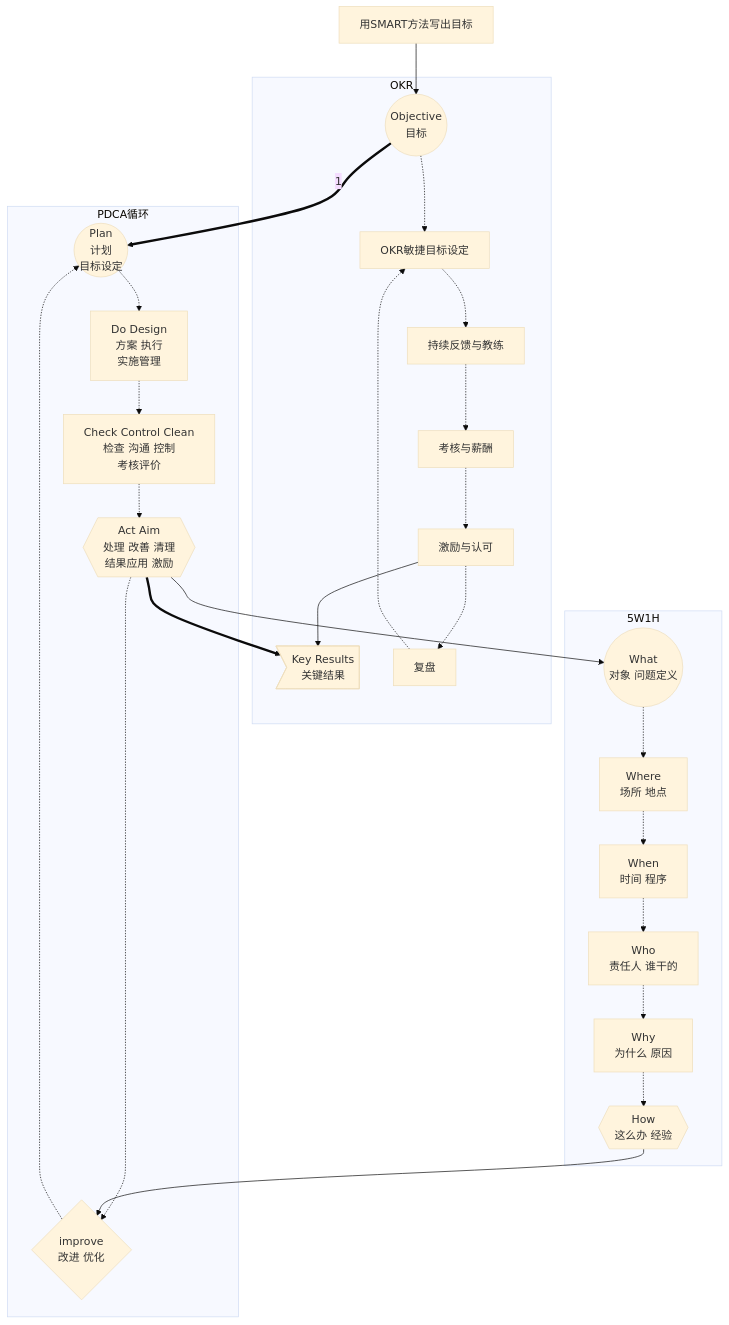
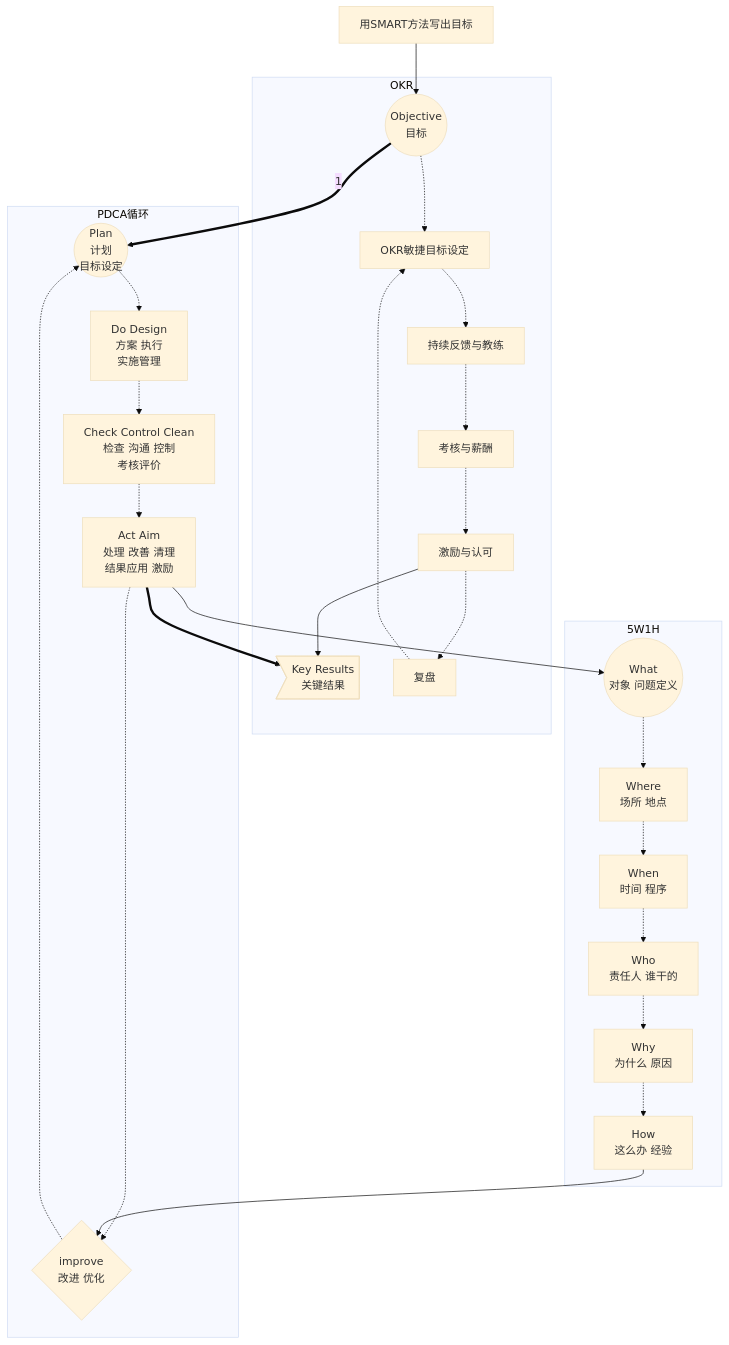
Before and after one commit to wxyClark/wxyClark.note: the first of 3 diagrams in Tao/Manage/OKR.md, drawn with Mermaid (base theme). The commit also changed other lines of this file, not shown here.

````diff
--- a/Tao/Manage/OKR.md
+++ b/Tao/Manage/OKR.md
@@ -8,42 +8,42 @@
 ```mermaid
 graph TD
 
         O ==1==> P 
         A ==> KRs
         
     subgraph PDCA循环
         P((Plan<br>计划 <br>目标设定)) -.-> D  
         D[Do Design<br>方案 执行<br>实施管理] -.-> C
         C[Check Control Clean <br>检查 沟通 控制<br>考核评价] -.-> A
-        A{{Act Aim<br>处理 改善 清理<br>结果应用 激励}}-.-> R1
+        A[Act Aim<br>处理 改善 清理<br>结果应用 激励]-.-> R1
         
         R1{improve<br>改进 优化}-.-> P
     end
     
         A --> W1
         H -->R1
 
         SMART[用SMART方法写出目标] --> O 
 
     subgraph OKR
         
         O((Objective<br>目标))-.-> O1[OKR敏捷目标设定]
         O1-.->O2[持续反馈与教练]
         O2-.->O3[考核与薪酬]
         O3-.->O4[激励与认可]
         O4--> KRs>Key Results<br>关键结果]
 
         Review[复盘]
 
         O4-.->Review-.->O1
     end
 
     subgraph 5W1H
         W1((What<br>对象 问题定义))-.->W2
         W2[Where<br>场所 地点]-.->W3
         W3[When<br>时间 程序]-.->W4
         W4[Who<br>责任人 谁干的]-.->W5
         W5[Why<br>为什么 原因]-.->H
-        H{{How<br>这么办 经验}}
+        H[How<br>这么办 经验]
     end
 ```
````
